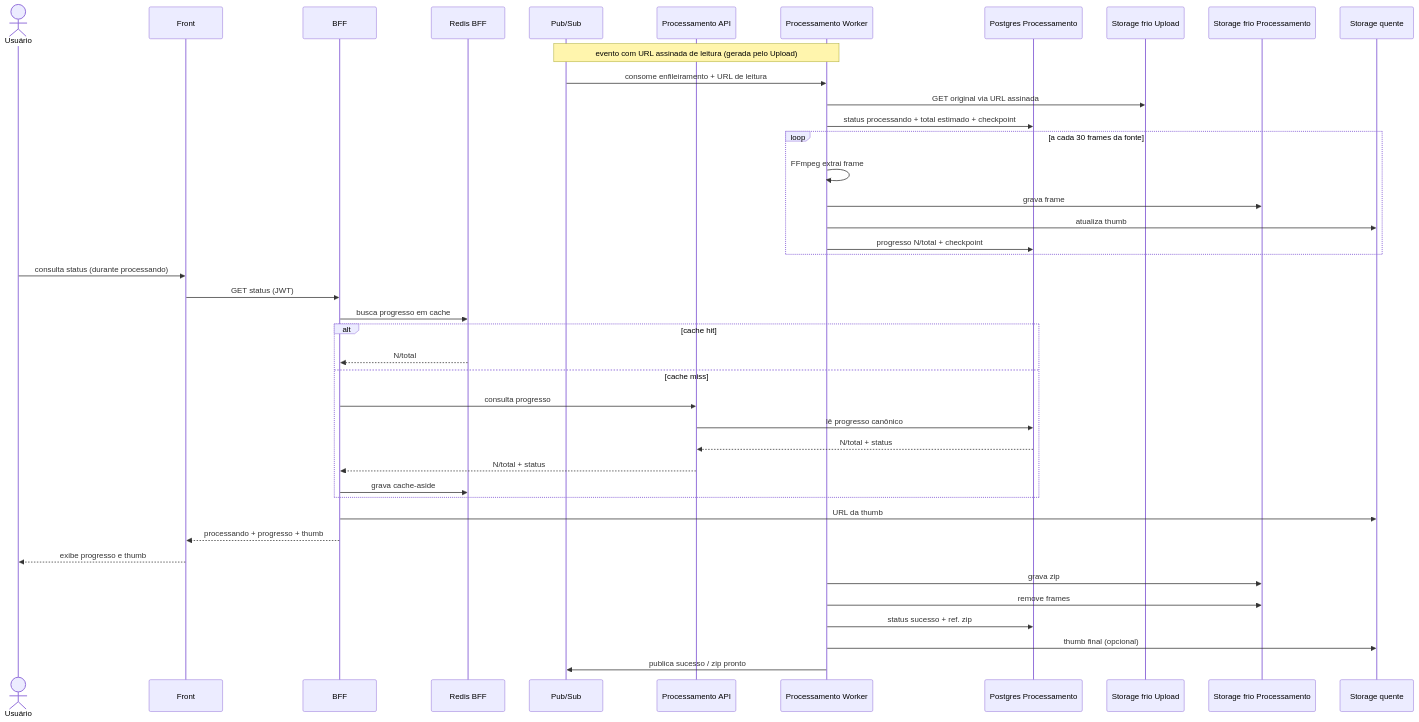
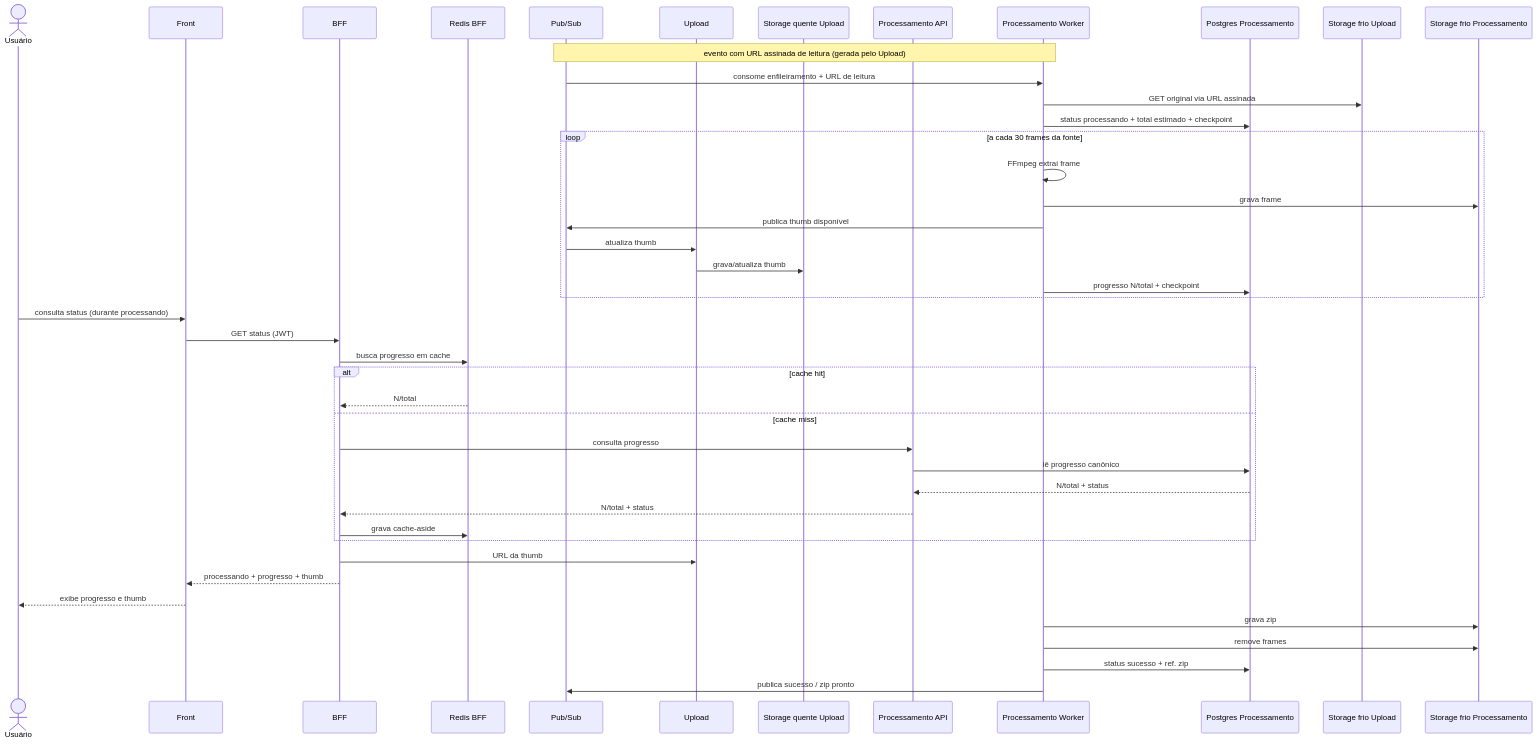
The diagram in fluxo-e-estados/02_caminho-feliz-processamento.md (fiap-x-vcosta/docs), drawn with Mermaid before and after one commit. The commit also changed 30 other files, not shown here.

````diff
--- a/fluxo-e-estados/02_caminho-feliz-processamento.md
+++ b/fluxo-e-estados/02_caminho-feliz-processamento.md
@@ -1,48 +1,50 @@
 ```mermaid
 sequenceDiagram
   actor U as Usuário
   participant Web as Front
   participant BFF as BFF
   participant Redis as Redis BFF
   participant Bus as Pub/Sub
+  participant Up as Upload
+  participant Quente as Storage quente Upload
   participant Api as Processamento API
   participant Worker as Processamento Worker
   participant PGP as Postgres Processamento
   participant FrioUp as Storage frio Upload
   participant FrioProc as Storage frio Processamento
-  participant Quente as Storage quente
 
   Note over Bus,Worker: evento com URL assinada de leitura (gerada pelo Upload)
   Bus->>Worker: consome enfileiramento + URL de leitura
   Worker->>FrioUp: GET original via URL assinada
   Worker->>PGP: status processando + total estimado + checkpoint
 
   loop a cada 30 frames da fonte
     Worker->>Worker: FFmpeg extrai frame
     Worker->>FrioProc: grava frame
-    Worker->>Quente: atualiza thumb
+    Worker->>Bus: publica thumb disponível
+    Bus->>Up: atualiza thumb
+    Up->>Quente: grava/atualiza thumb
     Worker->>PGP: progresso N/total + checkpoint
   end
 
   U->>Web: consulta status (durante processando)
   Web->>BFF: GET status (JWT)
   BFF->>Redis: busca progresso em cache
   alt cache hit
     Redis-->>BFF: N/total
   else cache miss
     BFF->>Api: consulta progresso
     Api->>PGP: lê progresso canônico
     PGP-->>Api: N/total + status
     Api-->>BFF: N/total + status
     BFF->>Redis: grava cache-aside
   end
-  BFF->>Quente: URL da thumb
+  BFF->>Up: URL da thumb
   BFF-->>Web: processando + progresso + thumb
   Web-->>U: exibe progresso e thumb
 
   Worker->>FrioProc: grava zip
   Worker->>FrioProc: remove frames
   Worker->>PGP: status sucesso + ref. zip
-  Worker->>Quente: thumb final (opcional)
   Worker->>Bus: publica sucesso / zip pronto
 ```
````
